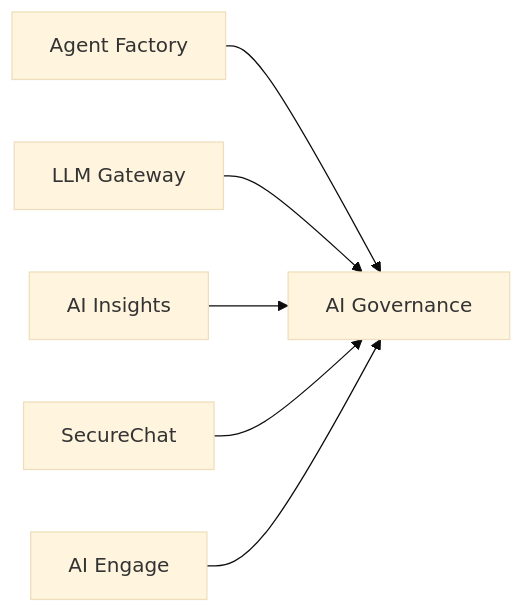
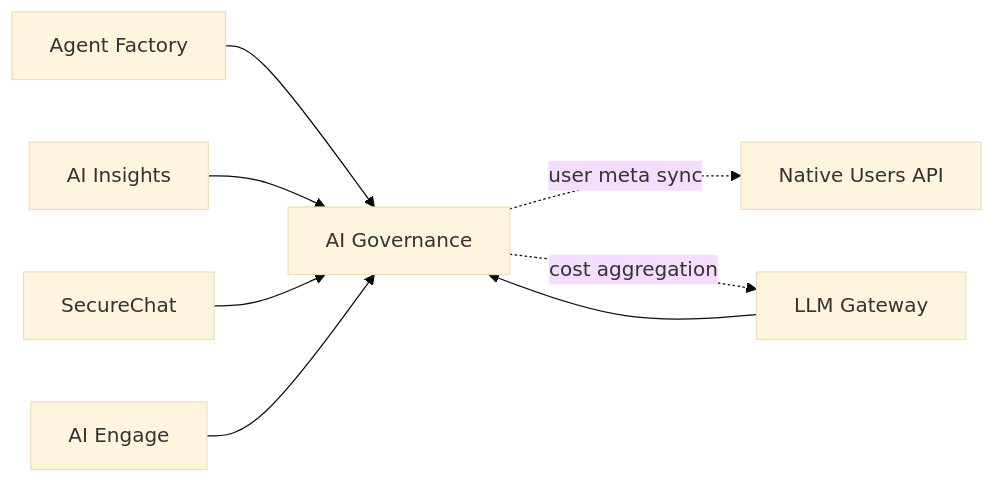
One commit to prismeai/docs changed the diagram in products/ai-governance/overview.mdx. Above: the diagram before and after it, drawn with Mermaid (base theme). The commit also changed other lines of this file and 16 other files, not shown here.

````diff
--- a/products/ai-governance/overview.mdx
+++ b/products/ai-governance/overview.mdx
@@ -38,8 +38,10 @@
 ```mermaid
 flowchart LR
     AF[Agent Factory] --> GOV[AI Governance]
     LLM[LLM Gateway] --> GOV
     INS[AI Insights] --> GOV
     SC[SecureChat] --> GOV
     AE[AI Engage] --> GOV
+    GOV -.->|user meta sync| API[Native Users API]
+    GOV -.->|cost aggregation| LLM
 ```
````
